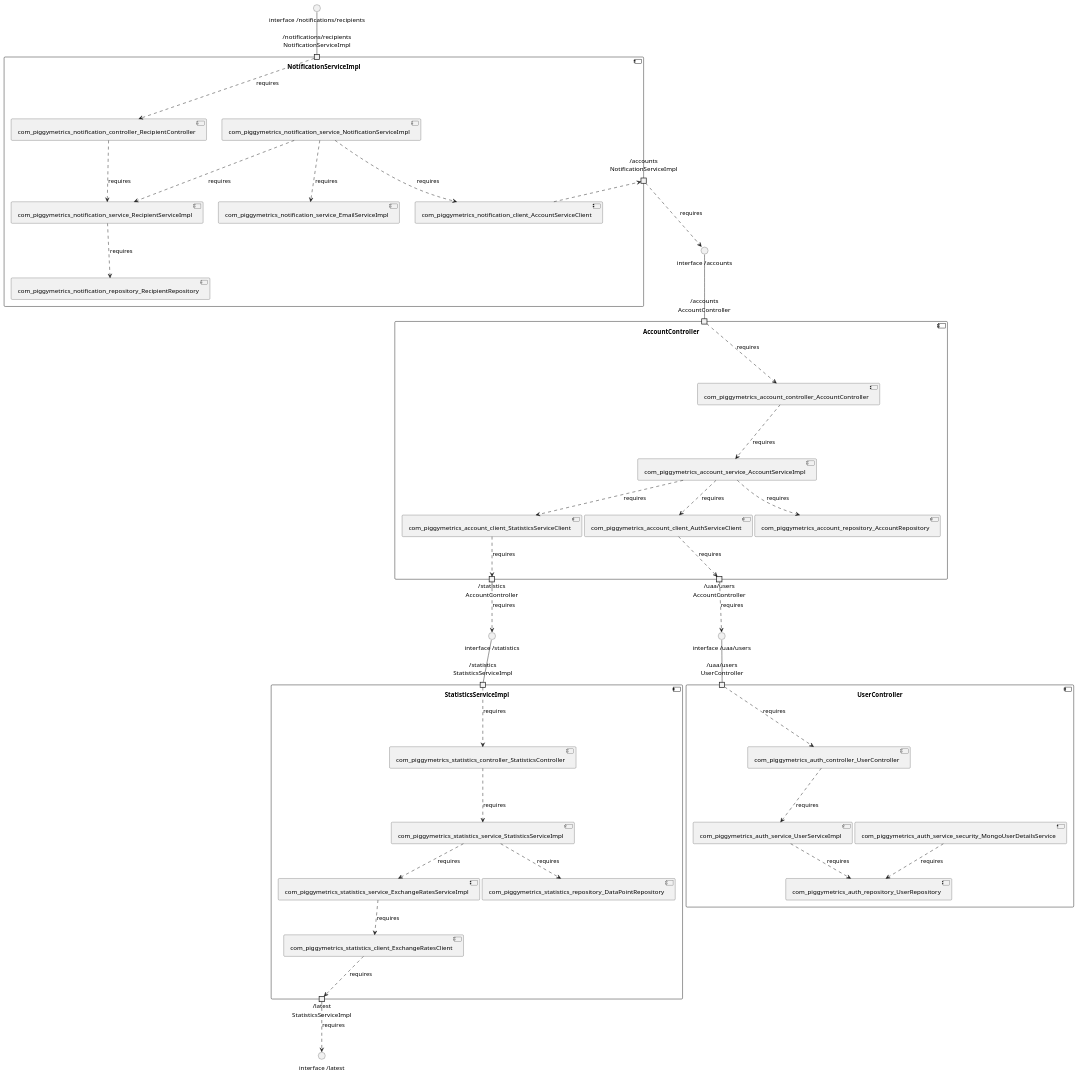
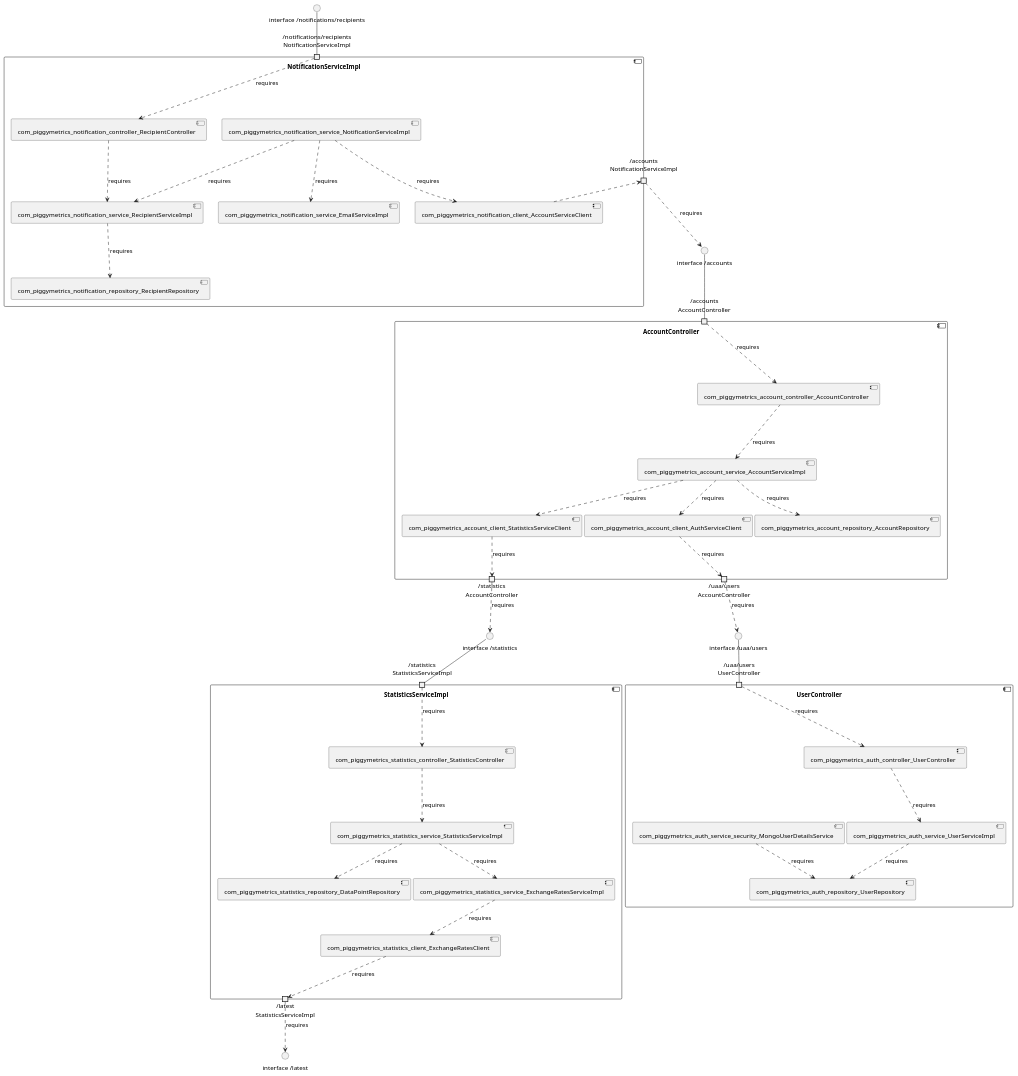
One commit to View-Based-Reverse-Engineering/Retriever-Benchmark changed the diagram in piggymetrics/model_re/uml/componentDiagram.puml. Above: the diagram before and after it, drawn with PlantUML. The commit also changed other lines of this file and 151 other files, not shown here.

```diff
--- a/piggymetrics/model_re/uml/componentDiagram.puml
+++ b/piggymetrics/model_re/uml/componentDiagram.puml
@@ -1,72 +1,72 @@
 @startuml
 skinparam fixCircleLabelOverlapping true
 component "AccountController\n\n\n\n\n\n" {
 [com_piggymetrics_account_client_StatisticsServiceClient]
 [com_piggymetrics_account_repository_AccountRepository]
+[com_piggymetrics_account_service_AccountServiceImpl]
 [com_piggymetrics_account_client_AuthServiceClient]
-[com_piggymetrics_account_service_AccountServiceImpl]
 [com_piggymetrics_account_controller_AccountController]
 portin "/accounts\nAccountController"
 portout "/statistics\nAccountController"
 portout "/uaa/users\nAccountController"
 [com_piggymetrics_account_service_AccountServiceImpl]..>[com_piggymetrics_account_client_AuthServiceClient] : requires
 [com_piggymetrics_account_controller_AccountController]..>[com_piggymetrics_account_service_AccountServiceImpl] : requires
 [com_piggymetrics_account_service_AccountServiceImpl]..>[com_piggymetrics_account_repository_AccountRepository] : requires
 [com_piggymetrics_account_service_AccountServiceImpl]..>[com_piggymetrics_account_client_StatisticsServiceClient] : requires
 "/accounts\nAccountController"..>[com_piggymetrics_account_controller_AccountController] : requires
 [com_piggymetrics_account_client_AuthServiceClient]..>"/uaa/users\nAccountController" : requires
 [com_piggymetrics_account_client_StatisticsServiceClient]..>"/statistics\nAccountController" : requires
 }
 "interface /accounts"--"/accounts\nAccountController"
 "/uaa/users\nAccountController"..>"interface /uaa/users" : requires
 "/statistics\nAccountController"..>"interface /statistics" : requires
 component "NotificationServiceImpl\n\n\n\n\n\n" {
+[com_piggymetrics_notification_controller_RecipientController]
+[com_piggymetrics_notification_client_AccountServiceClient]
+[com_piggymetrics_notification_service_RecipientServiceImpl]
+[com_piggymetrics_notification_service_NotificationServiceImpl]
 [com_piggymetrics_notification_service_EmailServiceImpl]
-[com_piggymetrics_notification_service_NotificationServiceImpl]
-[com_piggymetrics_notification_client_AccountServiceClient]
-[com_piggymetrics_notification_controller_RecipientController]
 [com_piggymetrics_notification_repository_RecipientRepository]
-[com_piggymetrics_notification_service_RecipientServiceImpl]
 portin "/notifications/recipients\nNotificationServiceImpl"
 portout "/accounts\nNotificationServiceImpl"
+[com_piggymetrics_notification_service_NotificationServiceImpl]..>[com_piggymetrics_notification_service_EmailServiceImpl] : requires
+[com_piggymetrics_notification_controller_RecipientController]..>[com_piggymetrics_notification_service_RecipientServiceImpl] : requires
+[com_piggymetrics_notification_service_NotificationServiceImpl]..>[com_piggymetrics_notification_service_RecipientServiceImpl] : requires
 [com_piggymetrics_notification_service_NotificationServiceImpl]..>[com_piggymetrics_notification_client_AccountServiceClient] : requires
 [com_piggymetrics_notification_service_RecipientServiceImpl]..>[com_piggymetrics_notification_repository_RecipientRepository] : requires
-[com_piggymetrics_notification_service_NotificationServiceImpl]..>[com_piggymetrics_notification_service_RecipientServiceImpl] : requires
-[com_piggymetrics_notification_controller_RecipientController]..>[com_piggymetrics_notification_service_RecipientServiceImpl] : requires
-[com_piggymetrics_notification_service_NotificationServiceImpl]..>[com_piggymetrics_notification_service_EmailServiceImpl] : requires
 "/notifications/recipients\nNotificationServiceImpl"..>[com_piggymetrics_notification_controller_RecipientController] : requires
 [com_piggymetrics_notification_client_AccountServiceClient]..>"/accounts\nNotificationServiceImpl" : requires
 }
 "interface /notifications/recipients"--"/notifications/recipients\nNotificationServiceImpl"
 "/accounts\nNotificationServiceImpl"..>"interface /accounts" : requires
 component "StatisticsServiceImpl\n\n\n\n\n\n" {
+[com_piggymetrics_statistics_repository_DataPointRepository]
+[com_piggymetrics_statistics_client_ExchangeRatesClient]
+[com_piggymetrics_statistics_controller_StatisticsController]
 [com_piggymetrics_statistics_service_StatisticsServiceImpl]
 [com_piggymetrics_statistics_service_ExchangeRatesServiceImpl]
-[com_piggymetrics_statistics_repository_DataPointRepository]
-[com_piggymetrics_statistics_controller_StatisticsController]
-[com_piggymetrics_statistics_client_ExchangeRatesClient]
 portin "/statistics\nStatisticsServiceImpl"
 portout "/latest\nStatisticsServiceImpl"
 [com_piggymetrics_statistics_service_StatisticsServiceImpl]..>[com_piggymetrics_statistics_service_ExchangeRatesServiceImpl] : requires
 [com_piggymetrics_statistics_service_ExchangeRatesServiceImpl]..>[com_piggymetrics_statistics_client_ExchangeRatesClient] : requires
+[com_piggymetrics_statistics_controller_StatisticsController]..>[com_piggymetrics_statistics_service_StatisticsServiceImpl] : requires
 [com_piggymetrics_statistics_service_StatisticsServiceImpl]..>[com_piggymetrics_statistics_repository_DataPointRepository] : requires
-[com_piggymetrics_statistics_controller_StatisticsController]..>[com_piggymetrics_statistics_service_StatisticsServiceImpl] : requires
 "/statistics\nStatisticsServiceImpl"..>[com_piggymetrics_statistics_controller_StatisticsController] : requires
 [com_piggymetrics_statistics_client_ExchangeRatesClient]..>"/latest\nStatisticsServiceImpl" : requires
 }
 "interface /statistics"--"/statistics\nStatisticsServiceImpl"
 "/latest\nStatisticsServiceImpl"..>"interface /latest" : requires
 component "UserController\n\n\n\n\n\n" {
+[com_piggymetrics_auth_controller_UserController]
+[com_piggymetrics_auth_service_UserServiceImpl]
 [com_piggymetrics_auth_service_security_MongoUserDetailsService]
-[com_piggymetrics_auth_controller_UserController]
 [com_piggymetrics_auth_repository_UserRepository]
-[com_piggymetrics_auth_service_UserServiceImpl]
 portin "/uaa/users\nUserController"
+[com_piggymetrics_auth_service_UserServiceImpl]..>[com_piggymetrics_auth_repository_UserRepository] : requires
 [com_piggymetrics_auth_service_security_MongoUserDetailsService]..>[com_piggymetrics_auth_repository_UserRepository] : requires
-[com_piggymetrics_auth_service_UserServiceImpl]..>[com_piggymetrics_auth_repository_UserRepository] : requires
 [com_piggymetrics_auth_controller_UserController]..>[com_piggymetrics_auth_service_UserServiceImpl] : requires
 "/uaa/users\nUserController"..>[com_piggymetrics_auth_controller_UserController] : requires
 }
 "interface /uaa/users"--"/uaa/users\nUserController"
 
 @enduml
```
